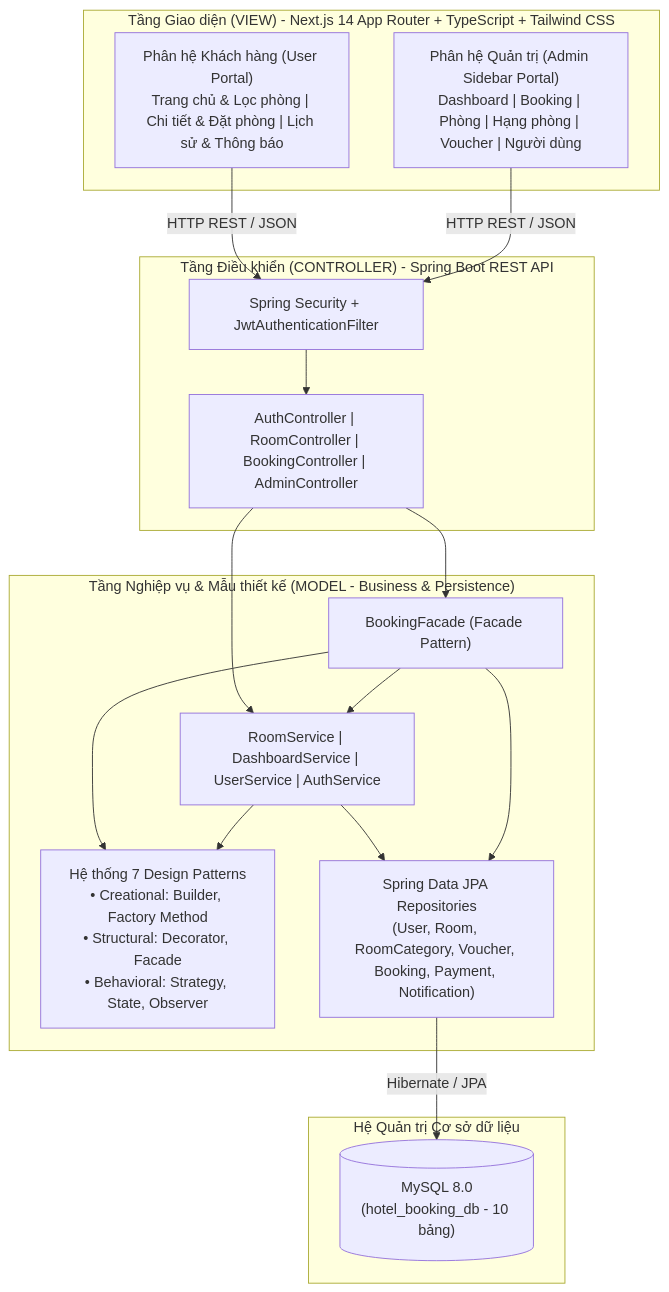
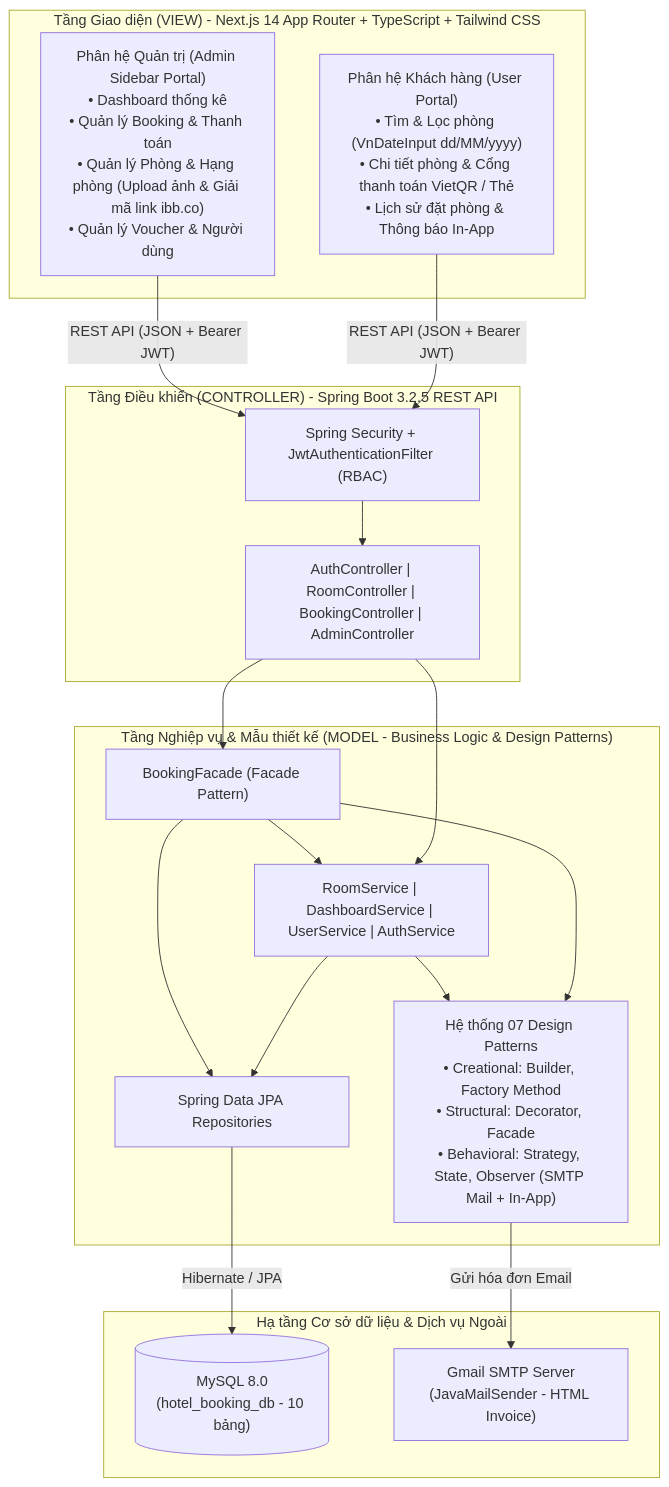
Before and after one commit to Binfhan/hotel-booking-system: the second of 9 diagrams in BAO_CAO_DESIGN_PATTERNS_VA_SOLID.md, drawn with Mermaid. The commit also changed other lines of this file and 23 other files, not shown here.

Commit message:
feat: add online payment modal, SMTP invoice email, multi-source image upload, VN date format and update full Design Patterns & SOLID report

````diff
--- a/BAO_CAO_DESIGN_PATTERNS_VA_SOLID.md
+++ b/BAO_CAO_DESIGN_PATTERNS_VA_SOLID.md
@@ -231,35 +261,37 @@
 ```mermaid
 flowchart TB
     subgraph View_Tier["Tầng Giao diện (VIEW) - Next.js 14 App Router + TypeScript + Tailwind CSS"]
-        UserPortal["Phân hệ Khách hàng (User Portal)\nTrang chủ & Lọc phòng | Chi tiết & Đặt phòng | Lịch sử & Thông báo"]
-        AdminPortal["Phân hệ Quản trị (Admin Sidebar Portal)\nDashboard | Booking | Phòng | Hạng phòng | Voucher | Người dùng"]
+        UserPortal["Phân hệ Khách hàng (User Portal)\n• Tìm & Lọc phòng (VnDateInput dd/MM/yyyy)\n• Chi tiết phòng & Cổng thanh toán VietQR / Thẻ\n• Lịch sử đặt phòng & Thông báo In-App"]
+        AdminPortal["Phân hệ Quản trị (Admin Sidebar Portal)\n• Dashboard thống kê\n• Quản lý Booking & Thanh toán\n• Quản lý Phòng & Hạng phòng (Upload ảnh & Giải mã link ibb.co)\n• Quản lý Voucher & Người dùng"]
     end
 
-    subgraph Controller_Tier["Tầng Điều khiển (CONTROLLER) - Spring Boot REST API"]
-        Security["Spring Security + JwtAuthenticationFilter"]
+    subgraph Controller_Tier["Tầng Điều khiển (CONTROLLER) - Spring Boot 3.2.5 REST API"]
+        Security["Spring Security + JwtAuthenticationFilter (RBAC)"]
         RestCtrls["AuthController | RoomController | BookingController | AdminController"]
     end
 
-    subgraph Model_Tier["Tầng Nghiệp vụ & Mẫu thiết kế (MODEL - Business & Persistence)"]
+    subgraph Model_Tier["Tầng Nghiệp vụ & Mẫu thiết kế (MODEL - Business Logic & Design Patterns)"]
         Facade["BookingFacade (Facade Pattern)"]
         CoreServices["RoomService | DashboardService | UserService | AuthService"]
-        PatternEngine["Hệ thống 7 Design Patterns\n• Creational: Builder, Factory Method\n• Structural: Decorator, Facade\n• Behavioral: Strategy, State, Observer"]
-        Repositories["Spring Data JPA Repositories\n(User, Room, RoomCategory, Voucher, Booking, Payment, Notification)"]
+        PatternEngine["Hệ thống 07 Design Patterns\n• Creational: Builder, Factory Method\n• Structural: Decorator, Facade\n• Behavioral: Strategy, State, Observer (SMTP Mail + In-App)"]
+        Repositories["Spring Data JPA Repositories"]
     end
 
-    subgraph DB_Tier["Hệ Quản trị Cơ sở dữ liệu"]
+    subgraph External_DB["Hạ tầng Cơ sở dữ liệu & Dịch vụ Ngoài"]
         MySQL[("MySQL 8.0\n(hotel_booking_db - 10 bảng)")]
+        SMTP["Gmail SMTP Server\n(JavaMailSender - HTML Invoice)"]
     end
 
-    UserPortal -->|"HTTP REST / JSON"| Security
-    AdminPortal -->|"HTTP REST / JSON"| Security
+    UserPortal -->|"REST API (JSON + Bearer JWT)"| Security
+    AdminPortal -->|"REST API (JSON + Bearer JWT)"| Security
     Security --> RestCtrls
     RestCtrls --> Facade
     RestCtrls --> CoreServices
     Facade --> CoreServices
     Facade --> PatternEngine
     CoreServices --> PatternEngine
     CoreServices --> Repositories
     Facade --> Repositories
     Repositories -->|"Hibernate / JPA"| MySQL
+    PatternEngine -->|"Gửi hóa đơn Email"| SMTP
 ```
````
